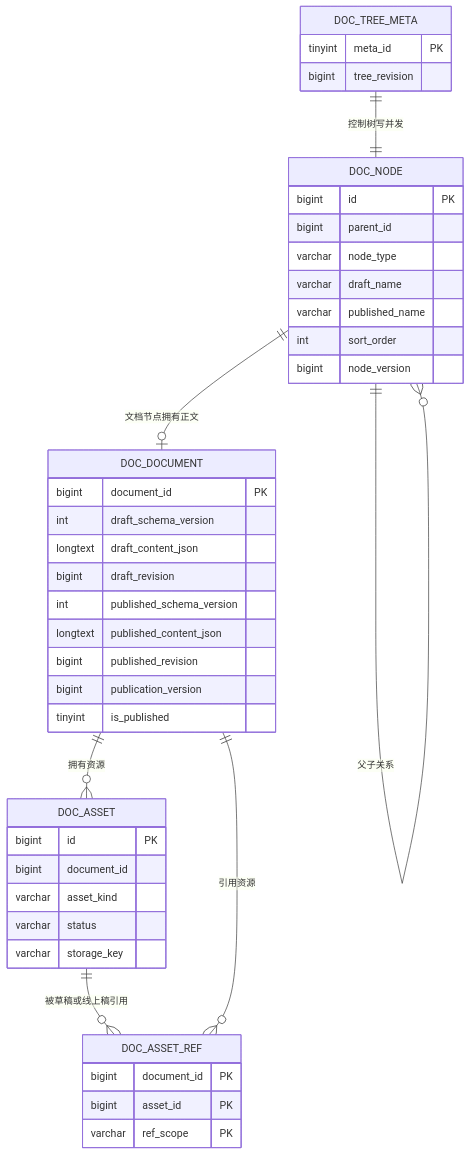
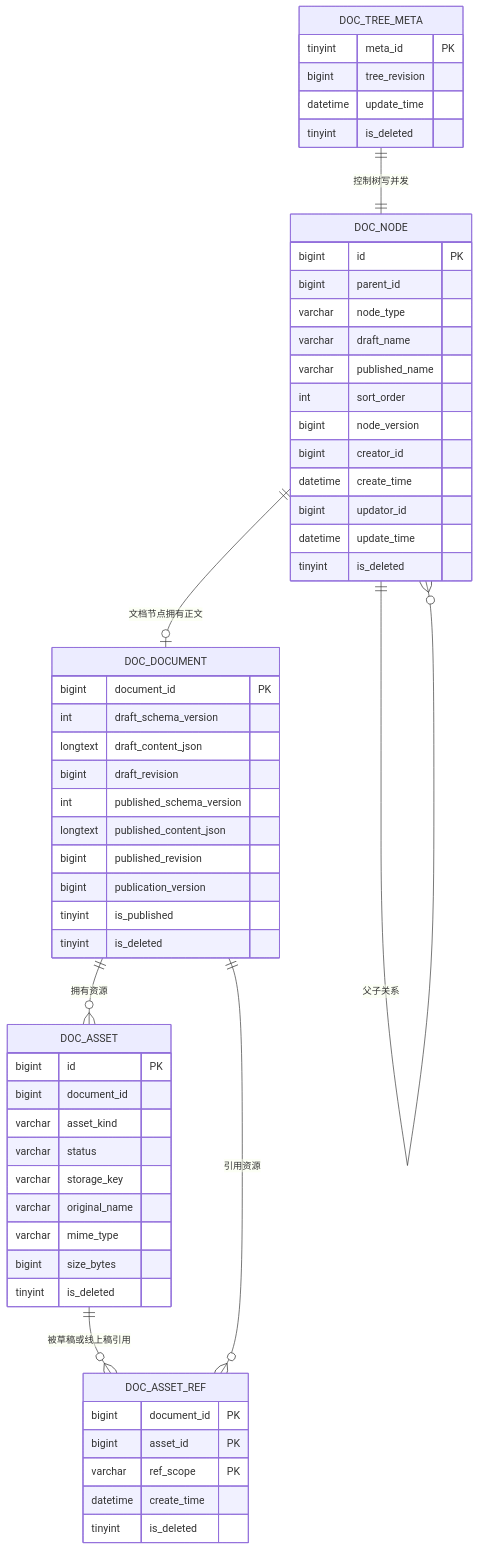
One commit to baron65/doc-editor changed the second of 6 diagrams in docs/superpowers/specs/2026-07-06-document-publishing-detailed-technical-design.md. Above: the diagram before and after it, drawn with Mermaid. The commit also changed other lines of this file, not shown here.

````diff
--- a/docs/superpowers/specs/2026-07-06-document-publishing-detailed-technical-design.md
+++ b/docs/superpowers/specs/2026-07-06-document-publishing-detailed-technical-design.md
@@ -158,46 +173,60 @@
 ```mermaid
 erDiagram
     DOC_NODE ||--o| DOC_DOCUMENT : "文档节点拥有正文"
     DOC_NODE ||--o{ DOC_NODE : "父子关系"
     DOC_DOCUMENT ||--o{ DOC_ASSET : "拥有资源"
     DOC_DOCUMENT ||--o{ DOC_ASSET_REF : "引用资源"
     DOC_ASSET ||--o{ DOC_ASSET_REF : "被草稿或线上稿引用"
     DOC_TREE_META ||--|| DOC_NODE : "控制树写并发"
 
     DOC_NODE {
         bigint id PK
         bigint parent_id
         varchar node_type
         varchar draft_name
         varchar published_name
         int sort_order
         bigint node_version
+        bigint creator_id
+        datetime create_time
+        bigint updator_id
+        datetime update_time
+        tinyint is_deleted
     }
     DOC_DOCUMENT {
         bigint document_id PK
         int draft_schema_version
         longtext draft_content_json
         bigint draft_revision
         int published_schema_version
         longtext published_content_json
         bigint published_revision
         bigint publication_version
         tinyint is_published
+        tinyint is_deleted
     }
     DOC_ASSET {
         bigint id PK
         bigint document_id
         varchar asset_kind
         varchar status
         varchar storage_key
+        varchar original_name
+        varchar mime_type
+        bigint size_bytes
+        tinyint is_deleted
     }
     DOC_ASSET_REF {
         bigint document_id PK
         bigint asset_id PK
         varchar ref_scope PK
+        datetime create_time
+        tinyint is_deleted
     }
     DOC_TREE_META {
         tinyint meta_id PK
         bigint tree_revision
+        datetime update_time
+        tinyint is_deleted
     }
 ```
````
